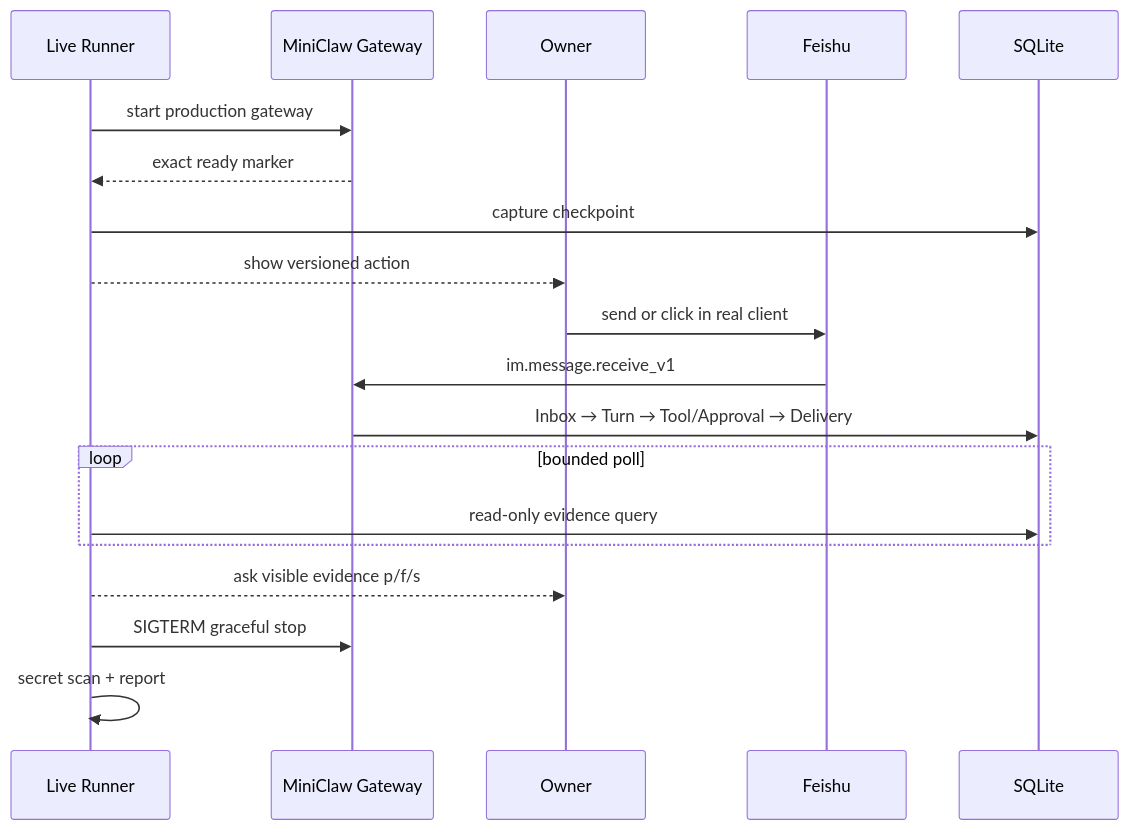
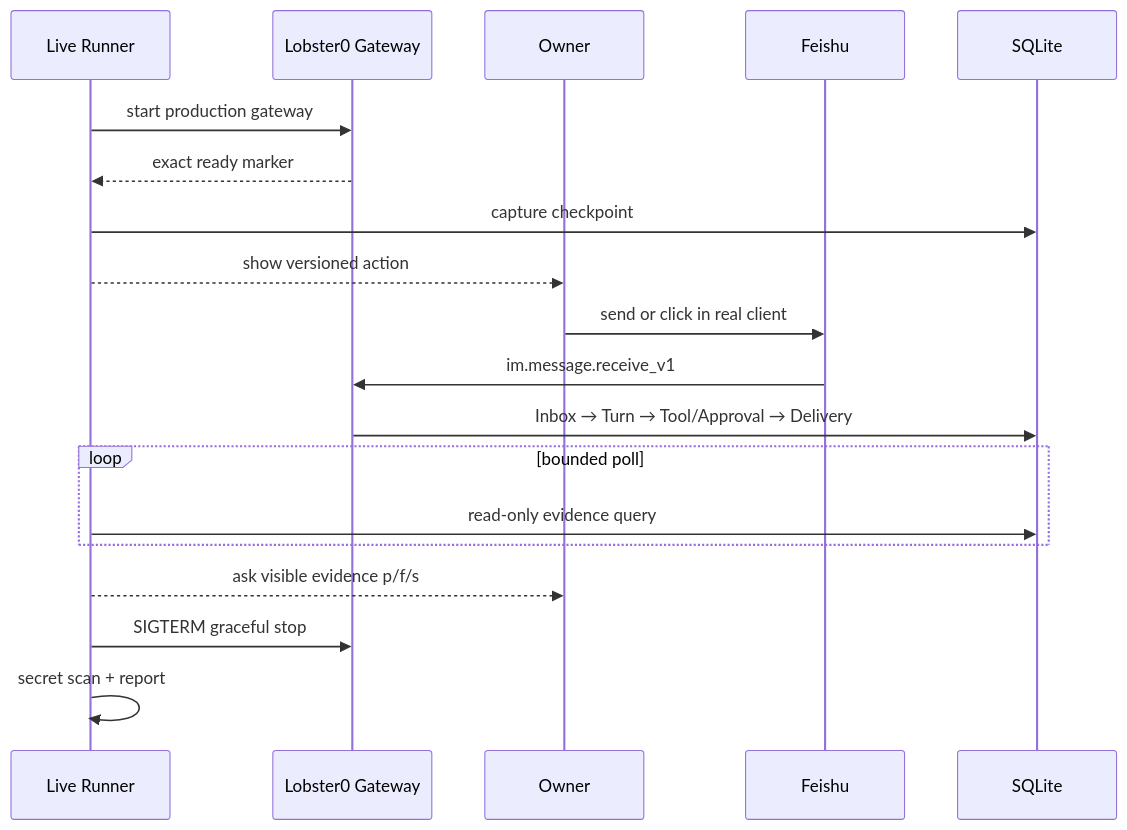
One commit to NEDONION/lobster0 changed the fourth of 6 diagrams in docs/engineering/phase-5/20260808_feishu-live-e2e.md. Above: the diagram before and after it, drawn with Mermaid. The commit also changed other lines of this file and 221 other files, not shown here.

````diff
--- a/docs/engineering/phase-5/20260808_feishu-live-e2e.md
+++ b/docs/engineering/phase-5/20260808_feishu-live-e2e.md
@@ -316,22 +316,22 @@
 ```mermaid
 sequenceDiagram
     participant R as Live Runner
-    participant G as MiniClaw Gateway
+    participant G as Lobster0 Gateway
     participant U as Owner
     participant F as Feishu
     participant DB as SQLite
 
     R->>G: start production gateway
     G-->>R: exact ready marker
     R->>DB: capture checkpoint
     R-->>U: show versioned action
     U->>F: send or click in real client
     F->>G: im.message.receive_v1
     G->>DB: Inbox → Turn → Tool/Approval → Delivery
     loop bounded poll
         R->>DB: read-only evidence query
     end
     R-->>U: ask visible evidence p/f/s
     R->>G: SIGTERM graceful stop
     R->>R: secret scan + report
 ```
````
